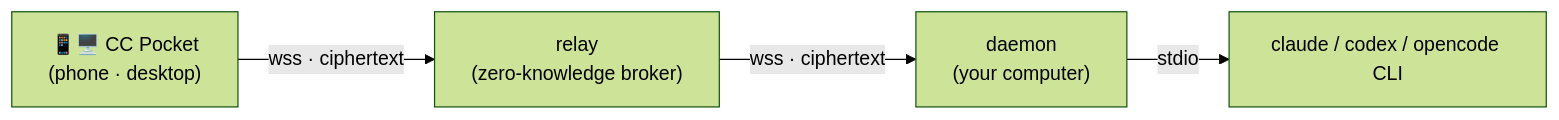
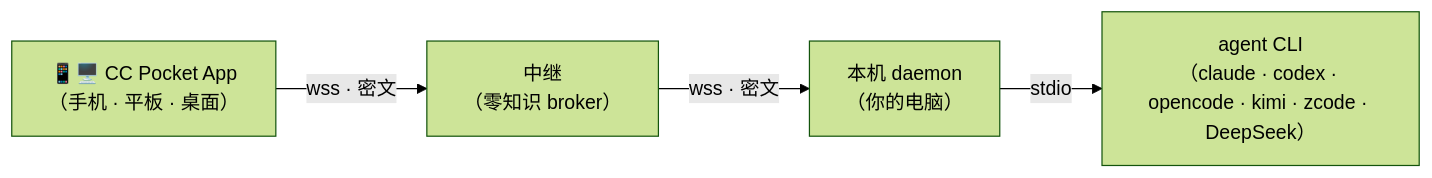
One commit to heypandax/pairlet changed the diagram in README.zh-CN.md. Above: the diagram before and after it, drawn with Mermaid (forest theme). The commit also changed other lines of this file and 48 other files, not shown here.

````diff
--- a/README.zh-CN.md
+++ b/README.zh-CN.md
@@ -29,6 +65,6 @@
 ```mermaid
 flowchart LR
-    phone["📱🖥️ CC Pocket<br/>(phone · desktop)"] -- "wss · ciphertext" --> relay["relay<br/>(zero-knowledge broker)"]
-    relay -- "wss · ciphertext" --> daemon["daemon<br/>(your computer)"]
-    daemon -- "stdio" --> agent["claude / codex / opencode CLI"]
+    app["📱🖥️ CC Pocket App<br/>（手机 · 平板 · 桌面）"] -- "wss · 密文" --> relay["中继<br/>（零知识 broker）"]
+    relay -- "wss · 密文" --> daemon["本机 daemon<br/>（你的电脑）"]
+    daemon -- "stdio" --> agent["agent CLI<br/>（claude · codex · opencode · kimi · zcode · DeepSeek）"]
 ```
````
